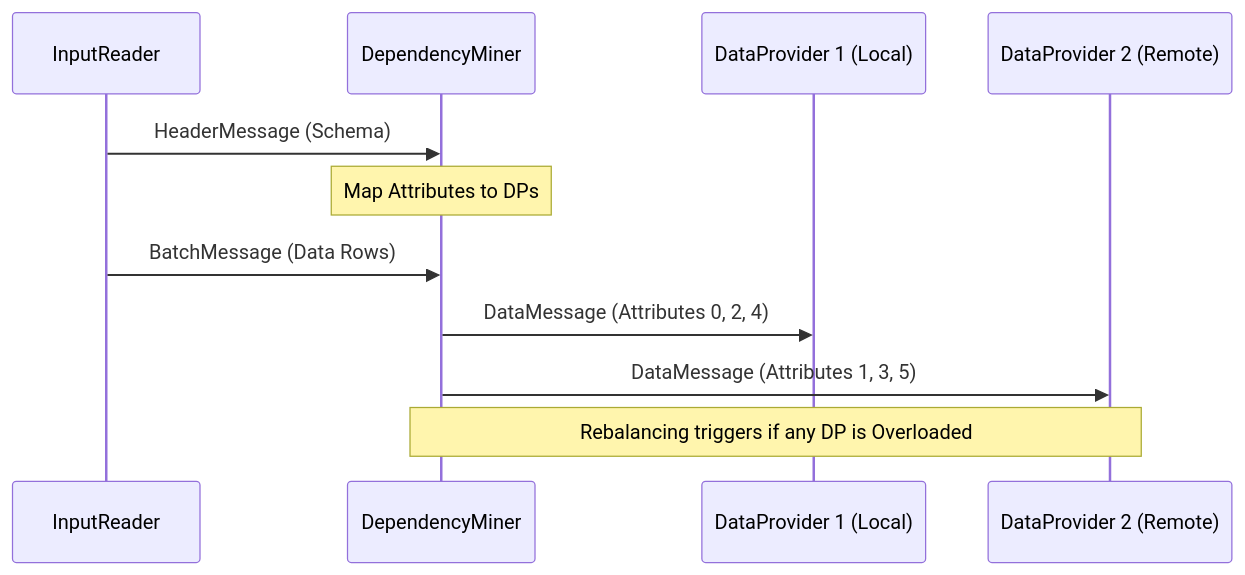
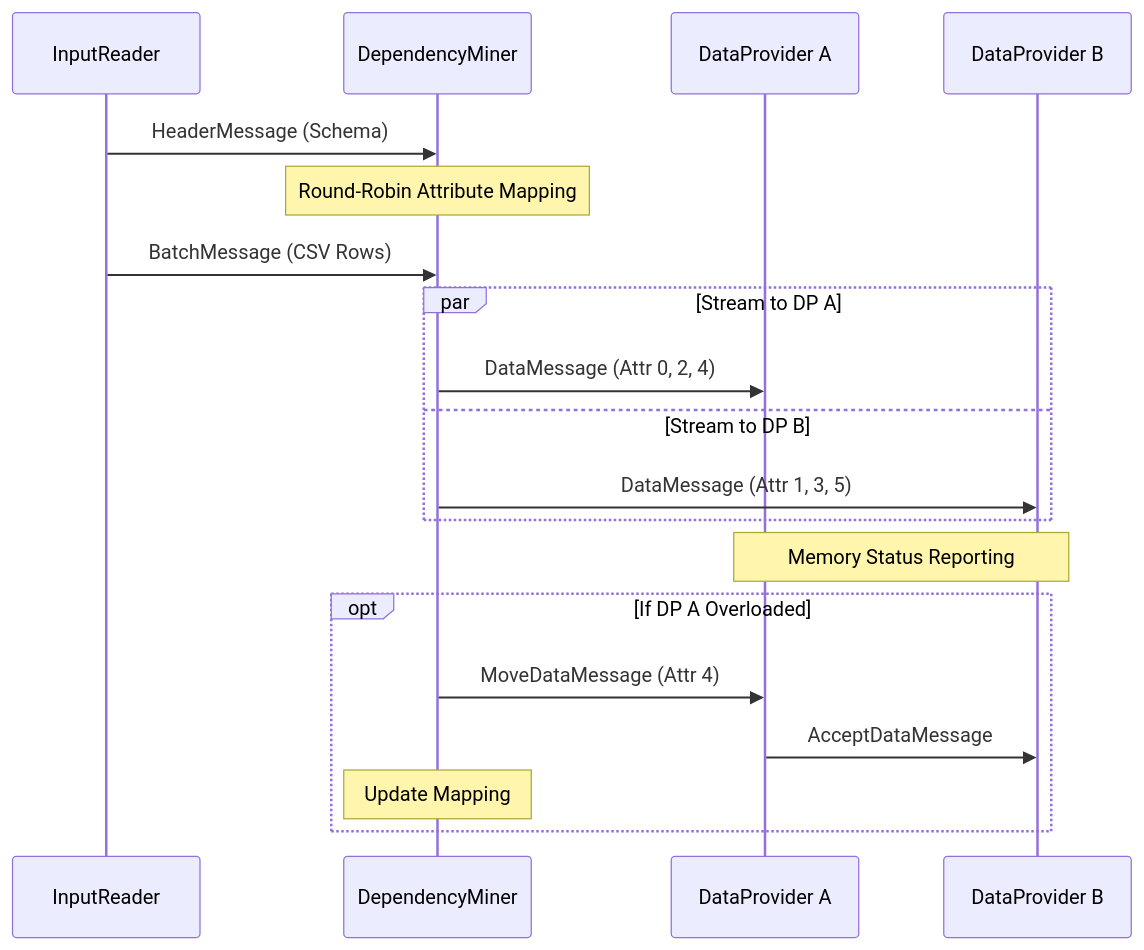
Before and after one commit to s3m3dov/abcd-ddm: the third of 5 diagrams in ddm-akka/docs/Overview.md, drawn with Mermaid. The commit also changed other lines of this file, not shown here.

````diff
--- a/ddm-akka/docs/Overview.md
+++ b/ddm-akka/docs/Overview.md
@@ -76,14 +113,25 @@
 ```mermaid
 sequenceDiagram
     participant IR as InputReader
     participant DM as DependencyMiner
-    participant DP1 as DataProvider 1 (Local)
-    participant DP2 as DataProvider 2 (Remote)
+    participant DP1 as DataProvider A
+    participant DP2 as DataProvider B
 
     IR->>DM: HeaderMessage (Schema)
-    Note over DM: Map Attributes to DPs
-    IR->>DM: BatchMessage (Data Rows)
-    DM->>DP1: DataMessage (Attributes 0, 2, 4)
-    DM->>DP2: DataMessage (Attributes 1, 3, 5)
-    Note over DM, DP2: Rebalancing triggers if any DP is Overloaded
+    Note over DM: Round-Robin Attribute Mapping
+    IR->>DM: BatchMessage (CSV Rows)
+    
+    par Stream to DP A
+        DM->>DP1: DataMessage (Attr 0, 2, 4)
+    and Stream to DP B
+        DM->>DP2: DataMessage (Attr 1, 3, 5)
+    end
+
+    Note over DP1, DP2: Memory Status Reporting
+    
+    opt If DP A Overloaded
+        DM->>DP1: MoveDataMessage (Attr 4)
+        DP1->>DP2: AcceptDataMessage
+        Note over DM: Update Mapping
+    end
 ```
````
